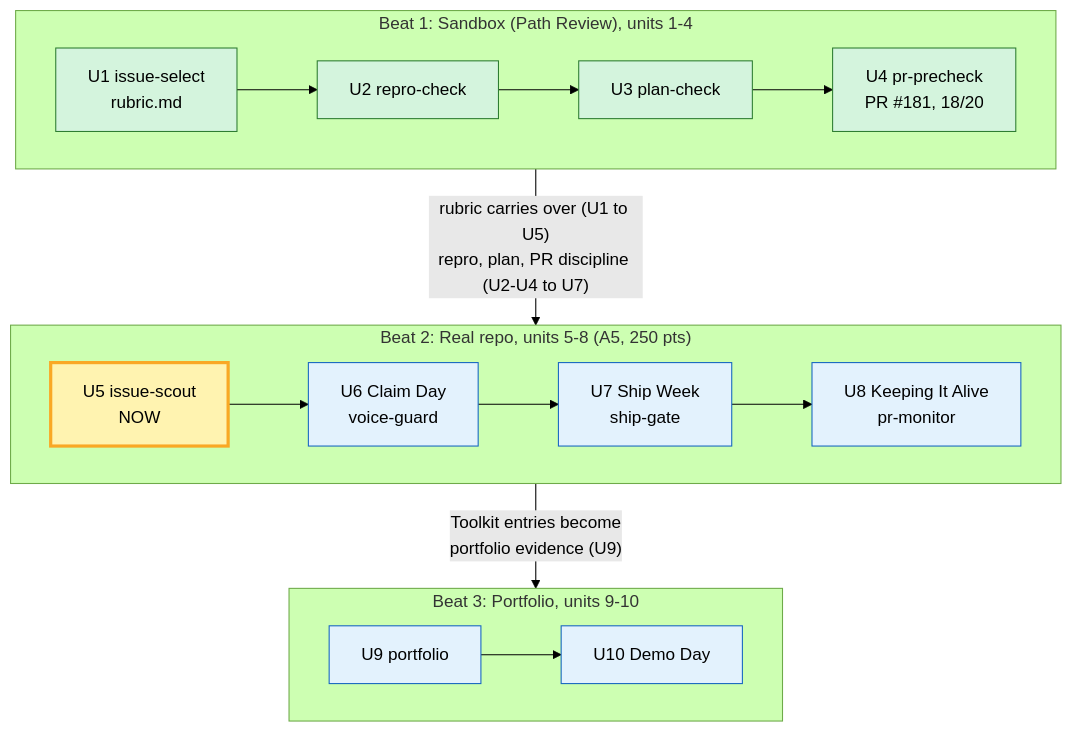
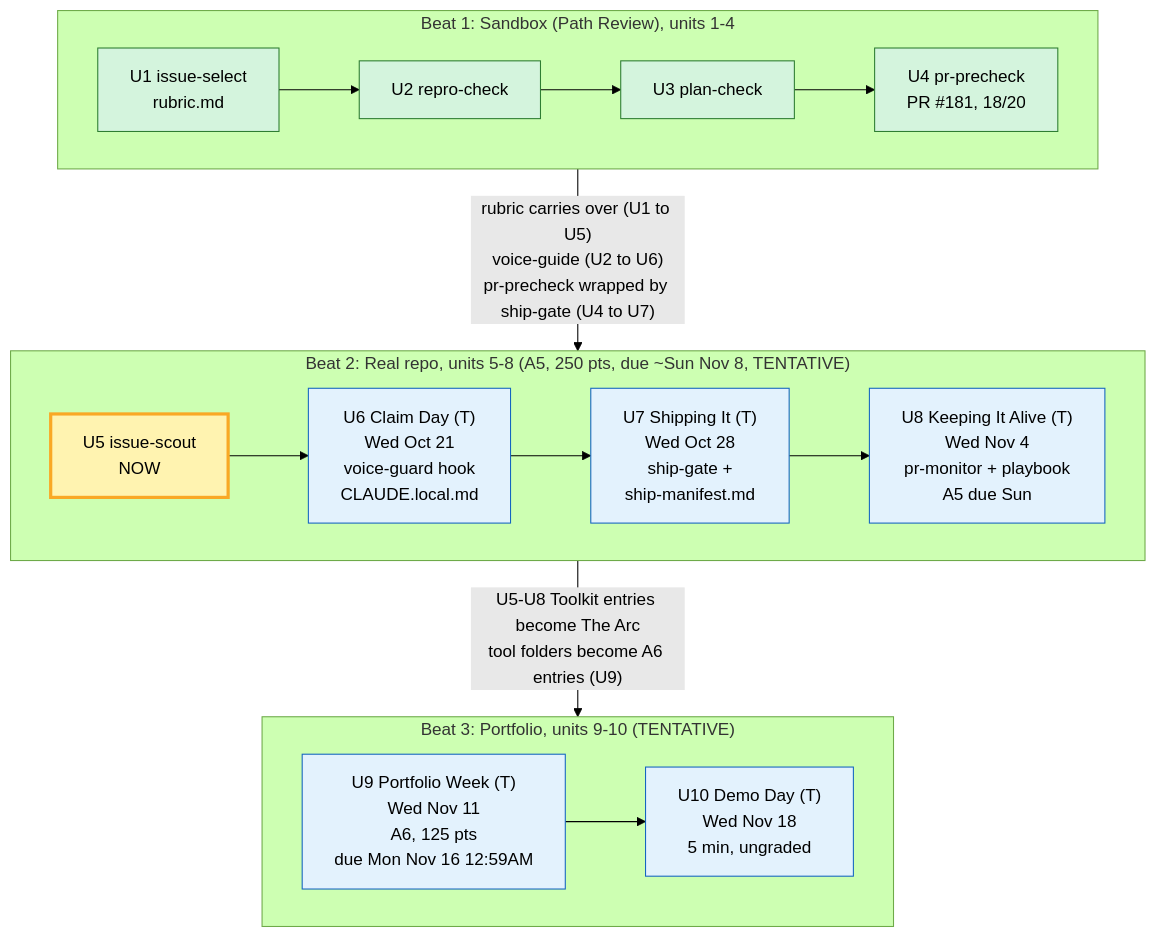
One commit to speculaas/ai301-coursework-trilogy-preview changed the diagram in beat-2-contribution/unit-5/2026-10-14-ai301-roadmap.md. Above: the diagram before and after it, drawn with Mermaid (forest theme). The commit also changed other lines of this file and 1 other file, not shown here.

Commit message:
roadmap + status: tentative U6-U10 from pre-release pages

````diff
--- a/beat-2-contribution/unit-5/2026-10-14-ai301-roadmap.md
+++ b/beat-2-contribution/unit-5/2026-10-14-ai301-roadmap.md
@@ -11,21 +11,21 @@
 ```mermaid
 flowchart TB
   classDef done fill:#d4f4dd,stroke:#2e7d32,color:#000
   classDef now fill:#fff3b0,stroke:#f9a825,stroke-width:3px,color:#000
   classDef next fill:#e3f2fd,stroke:#1565c0,color:#000
 
   subgraph B1["Beat 1: Sandbox (Path Review), units 1-4"]
     direction LR
     A1["U1 issue-select<br/>rubric.md"]:::done --> A2["U2 repro-check"]:::done --> A3["U3 plan-check"]:::done --> A4["U4 pr-precheck<br/>PR #181, 18/20"]:::done
   end
-  subgraph B2["Beat 2: Real repo, units 5-8 (A5, 250 pts)"]
+  subgraph B2["Beat 2: Real repo, units 5-8 (A5, 250 pts, due ~Sun Nov 8, TENTATIVE)"]
     direction LR
-    C5["U5 issue-scout<br/>NOW"]:::now --> C6["U6 Claim Day<br/>voice-guard"]:::next --> C7["U7 Ship Week<br/>ship-gate"]:::next --> C8["U8 Keeping It Alive<br/>pr-monitor"]:::next
+    C5["U5 issue-scout<br/>NOW"]:::now --> C6["U6 Claim Day (T)<br/>Wed Oct 21<br/>voice-guard hook<br/>CLAUDE.local.md"]:::next --> C7["U7 Shipping It (T)<br/>Wed Oct 28<br/>ship-gate +<br/>ship-manifest.md"]:::next --> C8["U8 Keeping It Alive (T)<br/>Wed Nov 4<br/>pr-monitor + playbook<br/>A5 due Sun"]:::next
   end
-  subgraph B3["Beat 3: Portfolio, units 9-10"]
+  subgraph B3["Beat 3: Portfolio, units 9-10 (TENTATIVE)"]
     direction LR
-    D9["U9 portfolio"]:::next --> D10["U10 Demo Day"]:::next
+    D9["U9 Portfolio Week (T)<br/>Wed Nov 11<br/>A6, 125 pts<br/>due Mon Nov 16 12:59AM"]:::next --> D10["U10 Demo Day (T)<br/>Wed Nov 18<br/>5 min, ungraded"]:::next
   end
-  B1 -- "rubric carries over (U1 to U5)<br/>repro, plan, PR discipline (U2-U4 to U7)" --> B2
-  B2 -- "Toolkit entries become<br/>portfolio evidence (U9)" --> B3
+  B1 -- "rubric carries over (U1 to U5)<br/>voice-guide (U2 to U6)<br/>pr-precheck wrapped by ship-gate (U4 to U7)" --> B2
+  B2 -- "U5-U8 Toolkit entries become The Arc<br/>tool folders become A6 entries (U9)" --> B3
 ```
````
